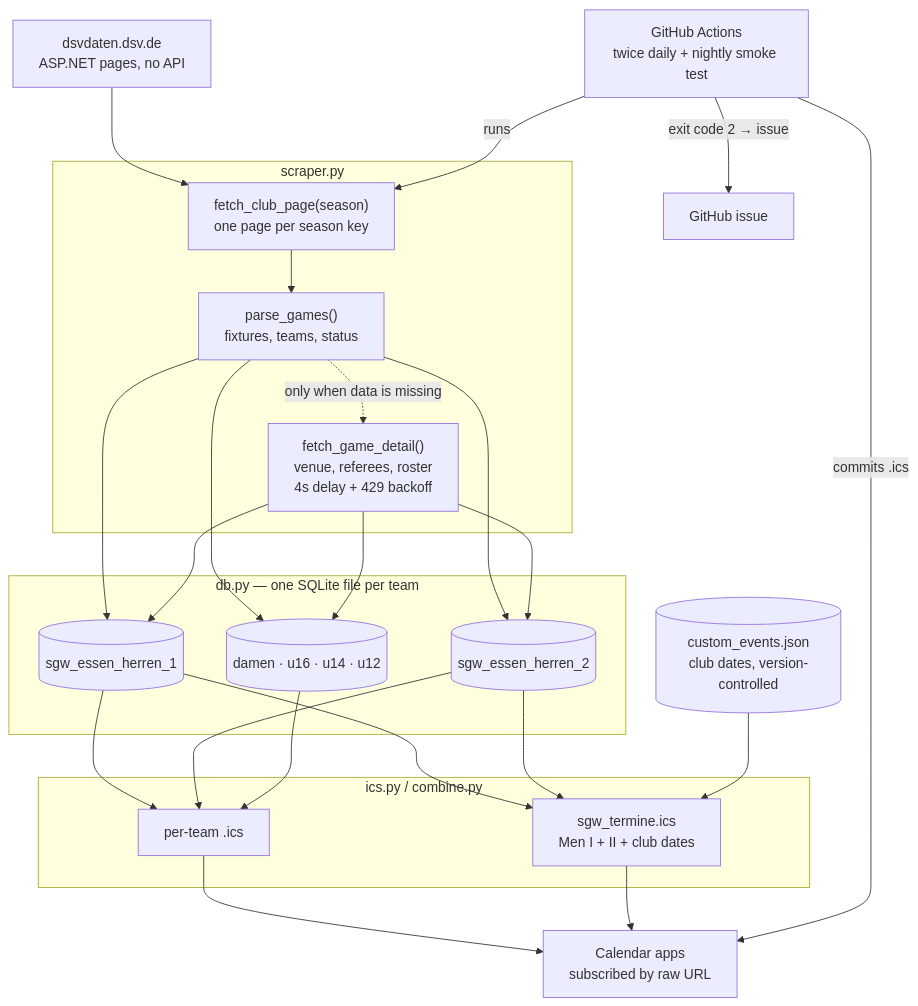
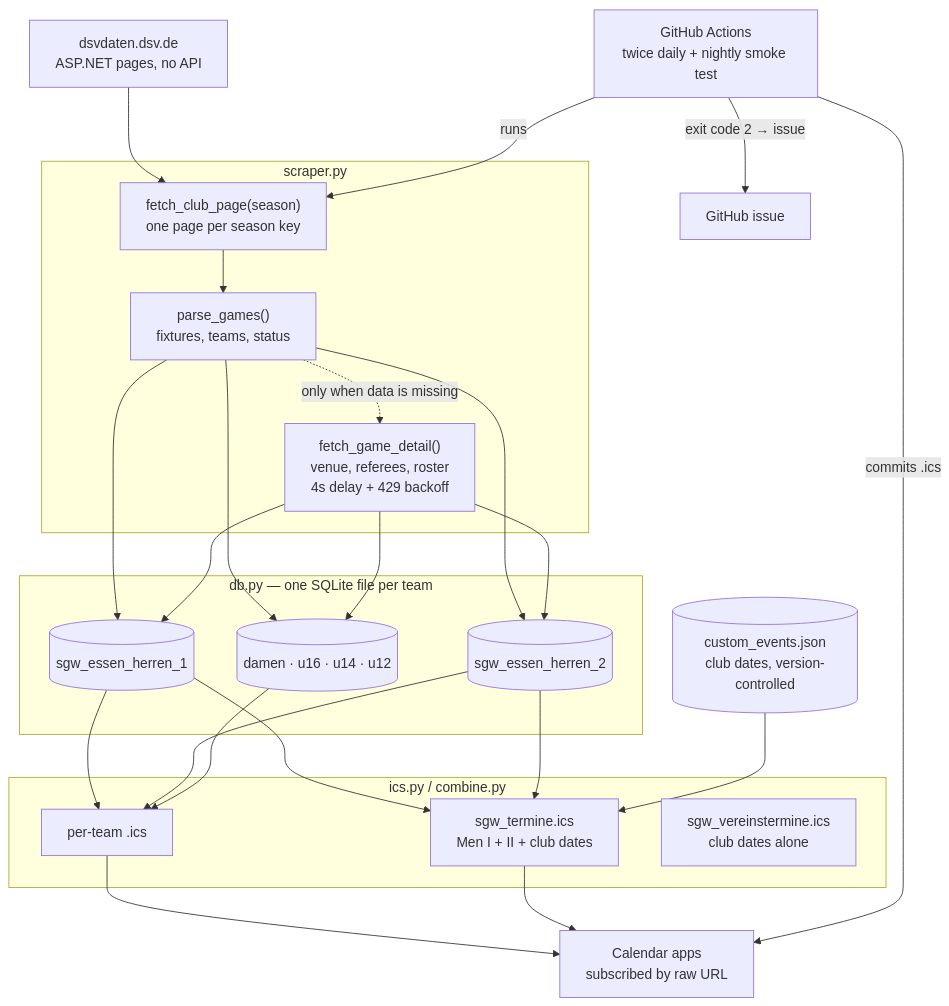
One commit to SeSIx/SGW-Essen-Calendar changed the diagram in docs/ARCHITECTURE.md. Above: the diagram before and after it, drawn with Mermaid. The commit also changed other lines of this file and 3 other files, not shown here.

````diff
--- a/docs/ARCHITECTURE.md
+++ b/docs/ARCHITECTURE.md
@@ -5,34 +5,35 @@
 ```mermaid
 flowchart TD
     DSV["dsvdaten.dsv.de<br/>ASP.NET pages, no API"]
 
     subgraph scrape["scraper.py"]
         CLUB["fetch_club_page(season)<br/>one page per season key"]
         PARSE["parse_games()<br/>fixtures, teams, status"]
         DETAIL["fetch_game_detail()<br/>venue, referees, roster<br/>4s delay + 429 backoff"]
     end
 
     subgraph store["db.py — one SQLite file per team"]
         H1[(sgw_essen_herren_1)]
         H2[(sgw_essen_herren_2)]
         REST[(damen · u16 · u14 · u12)]
     end
 
     subgraph render["ics.py / combine.py"]
         TEAM["per-team .ics"]
         MERGE["sgw_termine.ics<br/>Men I + II + club dates"]
+        CLUBCAL["sgw_vereinstermine.ics<br/>club dates alone"]
     end
 
     CUSTOM[("custom_events.json<br/>club dates, version-controlled")]
     SUBS["Calendar apps<br/>subscribed by raw URL"]
 
     DSV --> CLUB --> PARSE --> H1 & H2 & REST
     PARSE -.->|"only when data is missing"| DETAIL --> H1 & H2 & REST
     H1 & H2 & REST --> TEAM --> SUBS
     H1 & H2 --> MERGE --> SUBS
     CUSTOM --> MERGE
 
     GHA["GitHub Actions<br/>twice daily + nightly smoke test"] -->|runs| CLUB
     GHA -->|commits .ics| SUBS
     GHA -->|"exit code 2 → issue"| ALARM["GitHub issue"]
 ```
````
